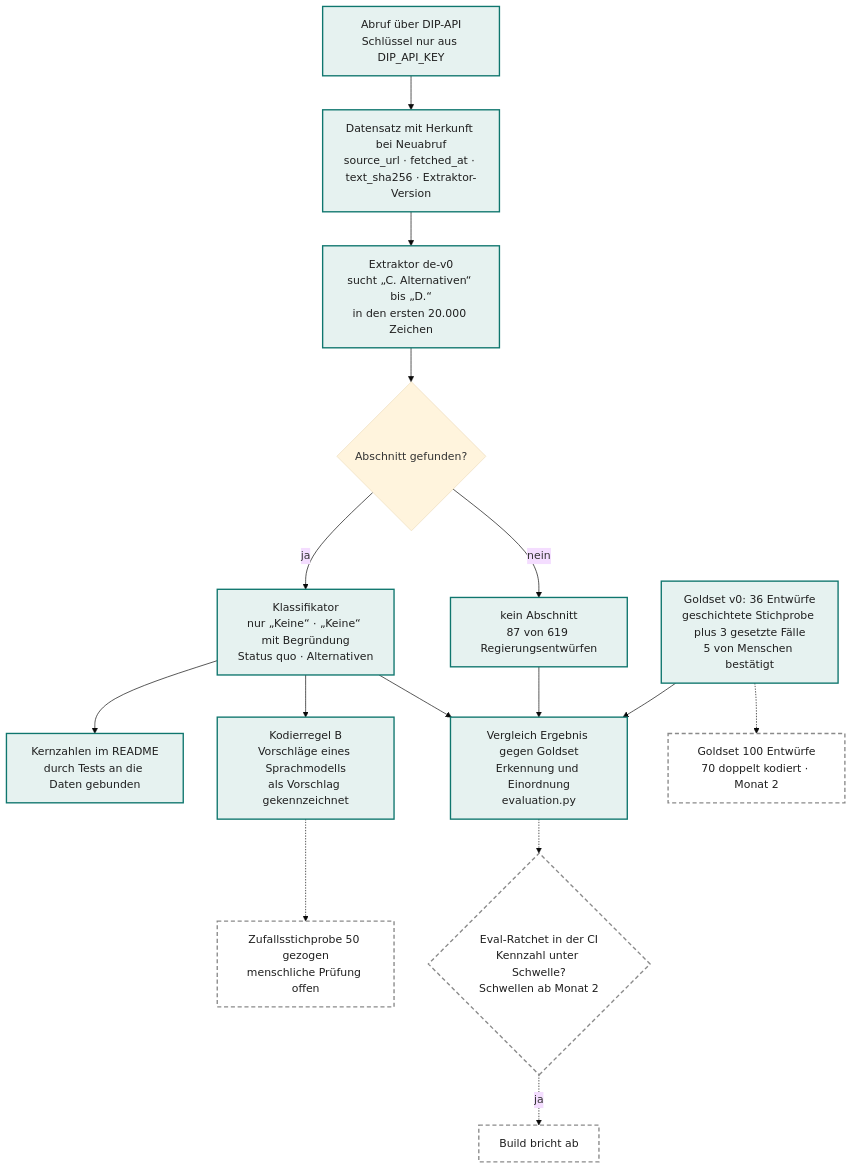
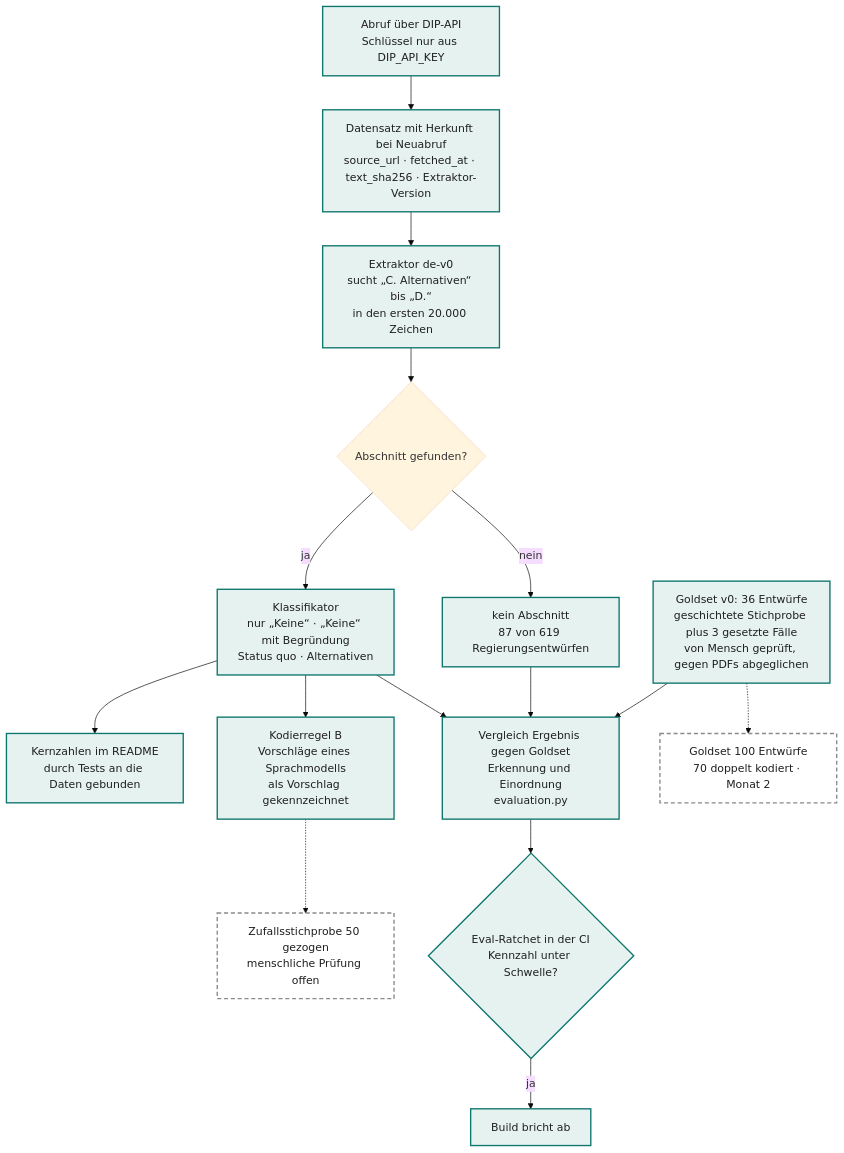
Before and after one commit to smarqart-hash/open-policy-navigator: the second of 5 diagrams in docs/architecture.md, drawn with Mermaid (base theme). The commit also changed other lines of this file and 4 other files, not shown here.

First line of the commit message:
feat(eval): confirm gold set v0 and set ratchet thresholds

````diff
--- a/docs/architecture.md
+++ b/docs/architecture.md
@@ -58,32 +58,32 @@
 ```mermaid
 flowchart TD
     classDef built fill:#e6f2f0,stroke:#0f766e,stroke-width:2px,color:#1f1f1f
     classDef planned fill:#ffffff,stroke:#8a8a8a,stroke-width:2px,stroke-dasharray:6 4,color:#1f1f1f
 
     A["Abruf über DIP-API<br/>Schlüssel nur aus DIP_API_KEY"]:::built
     B["Datensatz mit Herkunft bei Neuabruf<br/>source_url · fetched_at · text_sha256 · Extraktor-Version"]:::built
     C["Extraktor de-v0<br/>sucht „C. Alternativen“ bis „D.“<br/>in den ersten 20.000 Zeichen"]:::built
     D{"Abschnitt gefunden?"}
     E["Klassifikator<br/>nur „Keine“ · „Keine“ mit Begründung<br/>Status quo · Alternativen"]:::built
     F["kein Abschnitt<br/>87 von 619 Regierungsentwürfen"]:::built
     G["Kodierregel B<br/>Vorschläge eines Sprachmodells<br/>als Vorschlag gekennzeichnet"]:::built
     H["Zufallsstichprobe 50 gezogen<br/>menschliche Prüfung offen"]:::planned
-    GS["Goldset v0: 36 Entwürfe<br/>geschichtete Stichprobe plus 3 gesetzte Fälle<br/>5 von Menschen bestätigt"]:::built
+    GS["Goldset v0: 36 Entwürfe<br/>geschichtete Stichprobe plus 3 gesetzte Fälle<br/>von Mensch geprüft, gegen PDFs abgeglichen"]:::built
     GS2["Goldset 100 Entwürfe<br/>70 doppelt kodiert · Monat 2"]:::planned
     CMP["Vergleich Ergebnis gegen Goldset<br/>Erkennung und Einordnung<br/>evaluation.py"]:::built
-    J{"Eval-Ratchet in der CI<br/>Kennzahl unter Schwelle?<br/>Schwellen ab Monat 2"}:::planned
-    K["Build bricht ab"]:::planned
+    J{"Eval-Ratchet in der CI<br/>Kennzahl unter Schwelle?"}:::built
+    K["Build bricht ab"]:::built
     L["Kernzahlen im README<br/>durch Tests an die Daten gebunden"]:::built
 
     A --> B --> C --> D
     D -- ja --> E
     D -- nein --> F
     E --> L
     E --> G -.-> H
     E --> CMP
     F --> CMP
     GS --> CMP
     GS -.-> GS2
-    CMP -.-> J
-    J -. ja .-> K
+    CMP --> J
+    J -- ja --> K
 ```
````
